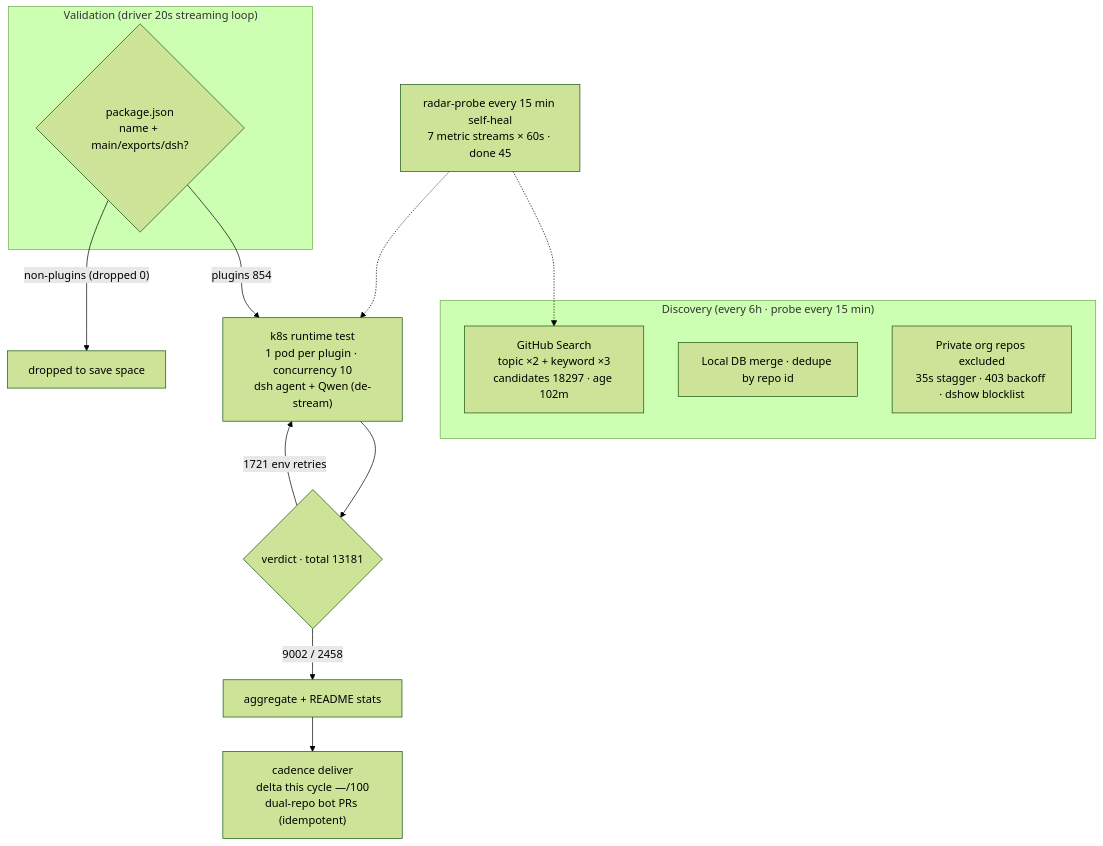
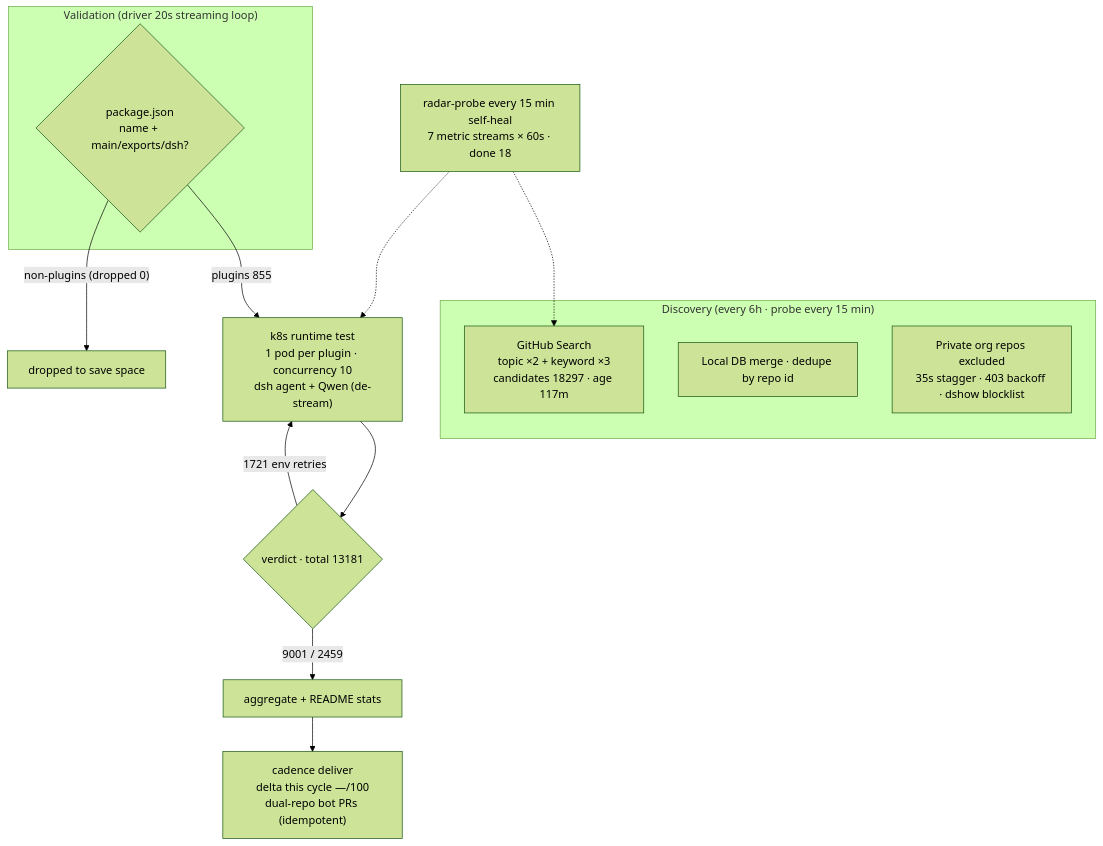
One commit to AdamPlatin123/awesome-dsh-plugins changed the diagram in README.en-US.md. Above: the diagram before and after it, drawn with Mermaid (forest theme). The commit also changed other lines of this file and 5 other files, not shown here.

````diff
--- a/README.en-US.md
+++ b/README.en-US.md
@@ -45,20 +45,20 @@
 ```mermaid
 flowchart TB
     subgraph Discovery["Discovery (every 6h · probe every 15 min)"]
-        A1["GitHub Search<br/>topic ×2 + keyword ×3<br/>candidates 18297 · age 102m"]
+        A1["GitHub Search<br/>topic ×2 + keyword ×3<br/>candidates 18297 · age 117m"]
         A2["Local DB merge · dedupe by repo id"]
         A3["Private org repos excluded<br/>35s stagger · 403 backoff · dshow blocklist"]
     end
     subgraph Validation["Validation (driver 20s streaming loop)"]
         B1{"package.json<br/>name + main/exports/dsh?"}
     end
-    B1 -->|"plugins 854"| C1["k8s runtime test<br/>1 pod per plugin · concurrency 10<br/>dsh agent + Qwen (de-stream)"]
+    B1 -->|"plugins 855"| C1["k8s runtime test<br/>1 pod per plugin · concurrency 10<br/>dsh agent + Qwen (de-stream)"]
     B1 -->|"non-plugins (dropped 0)"| B3["dropped to save space"]
     C1 --> D1{"verdict · total 13181"}
-    D1 -->|"9002 / 2458"| E1["aggregate + README stats"]
+    D1 -->|"9001 / 2459"| E1["aggregate + README stats"]
     D1 -->|"1721 env retries"| C1
     E1 --> E2["cadence deliver<br/>delta this cycle —/100<br/>dual-repo bot PRs (idempotent)"]
-    M["radar-probe every 15 min self-heal<br/>7 metric streams × 60s · done 45"]
+    M["radar-probe every 15 min self-heal<br/>7 metric streams × 60s · done 18"]
     M -.-> A1
     M -.-> C1
 ```
````
